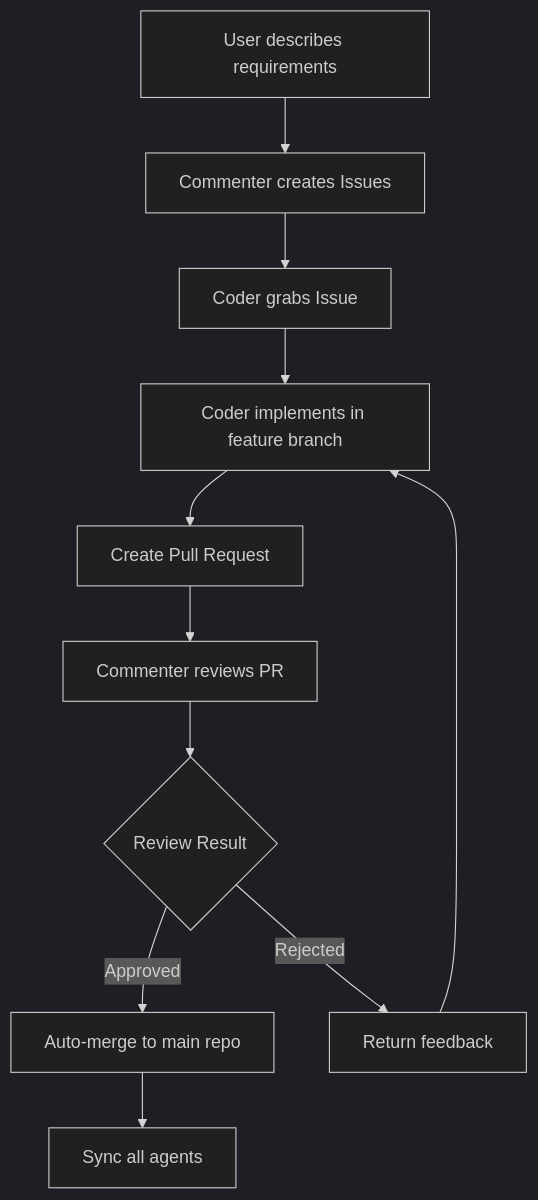
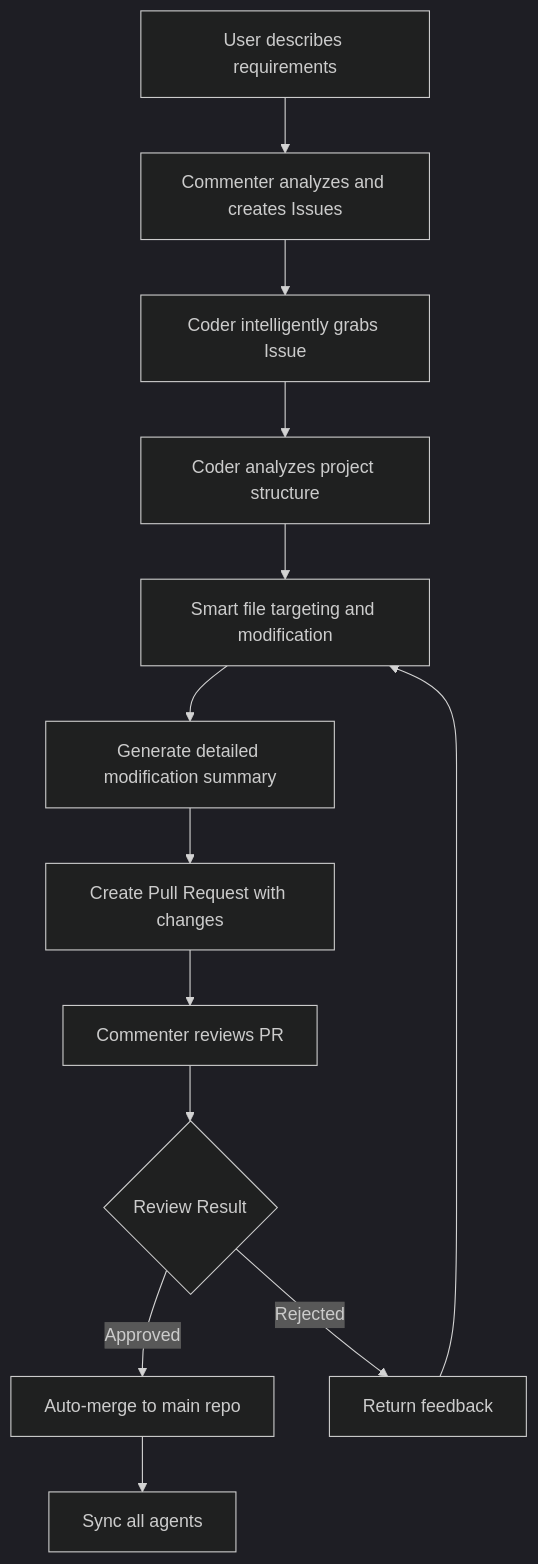
One commit to charr-Chen/multi-agent-coder changed the first of 2 diagrams in README.md. Above: the diagram before and after it, drawn with Mermaid (dark theme). The commit also changed other lines of this file, not shown here.

````diff
--- a/README.md
+++ b/README.md
@@ -43,13 +52,15 @@
 ```mermaid
 graph TD
-    A[User describes requirements] --> B[Commenter creates Issues]
-    B --> C[Coder grabs Issue]
-    C --> D[Coder implements in feature branch]
-    D --> E[Create Pull Request]
-    E --> F[Commenter reviews PR]
-    F --> G{Review Result}
-    G -->|Approved| H[Auto-merge to main repo]
-    G -->|Rejected| I[Return feedback]
-    H --> J[Sync all agents]
-    I --> D
+    A[User describes requirements] --> B[Commenter analyzes and creates Issues]
+    B --> C[Coder intelligently grabs Issue]
+    C --> D[Coder analyzes project structure]
+    D --> E[Smart file targeting and modification]
+    E --> F[Generate detailed modification summary]
+    F --> G[Create Pull Request with changes]
+    G --> H[Commenter reviews PR]
+    H --> I{Review Result}
+    I -->|Approved| J[Auto-merge to main repo]
+    I -->|Rejected| K[Return feedback]
+    J --> L[Sync all agents]
+    K --> E
 ```
````
